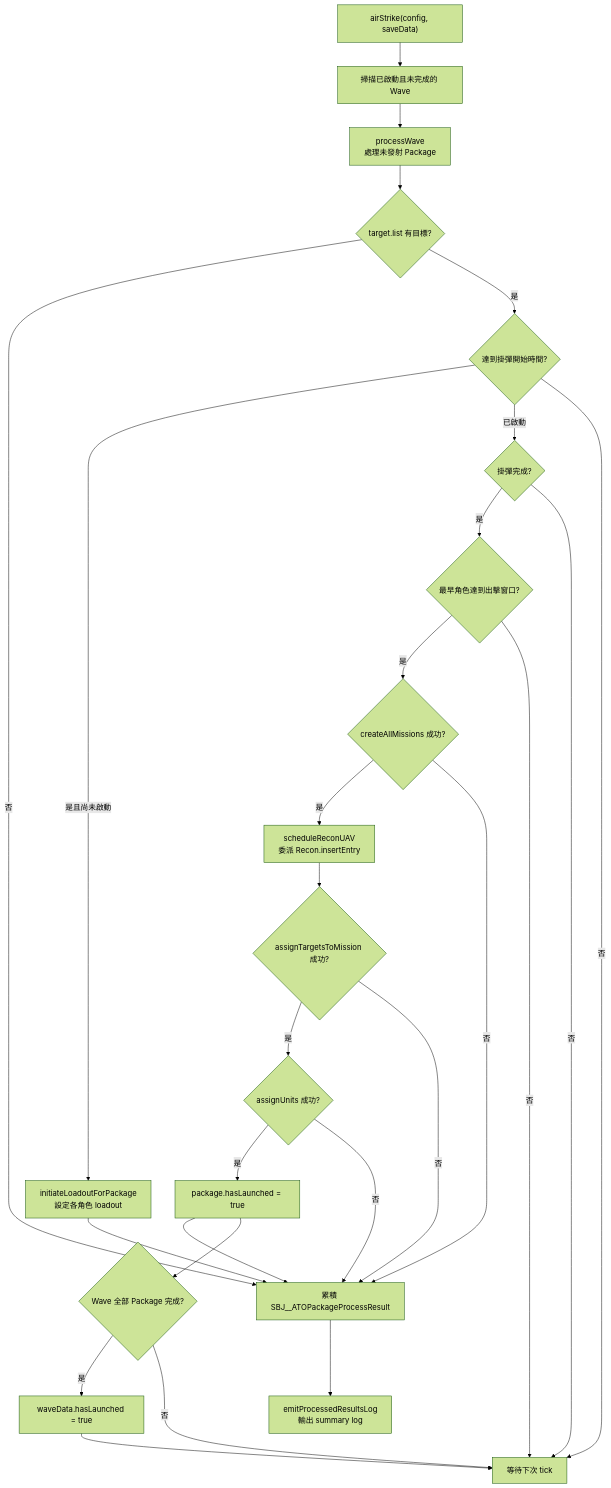
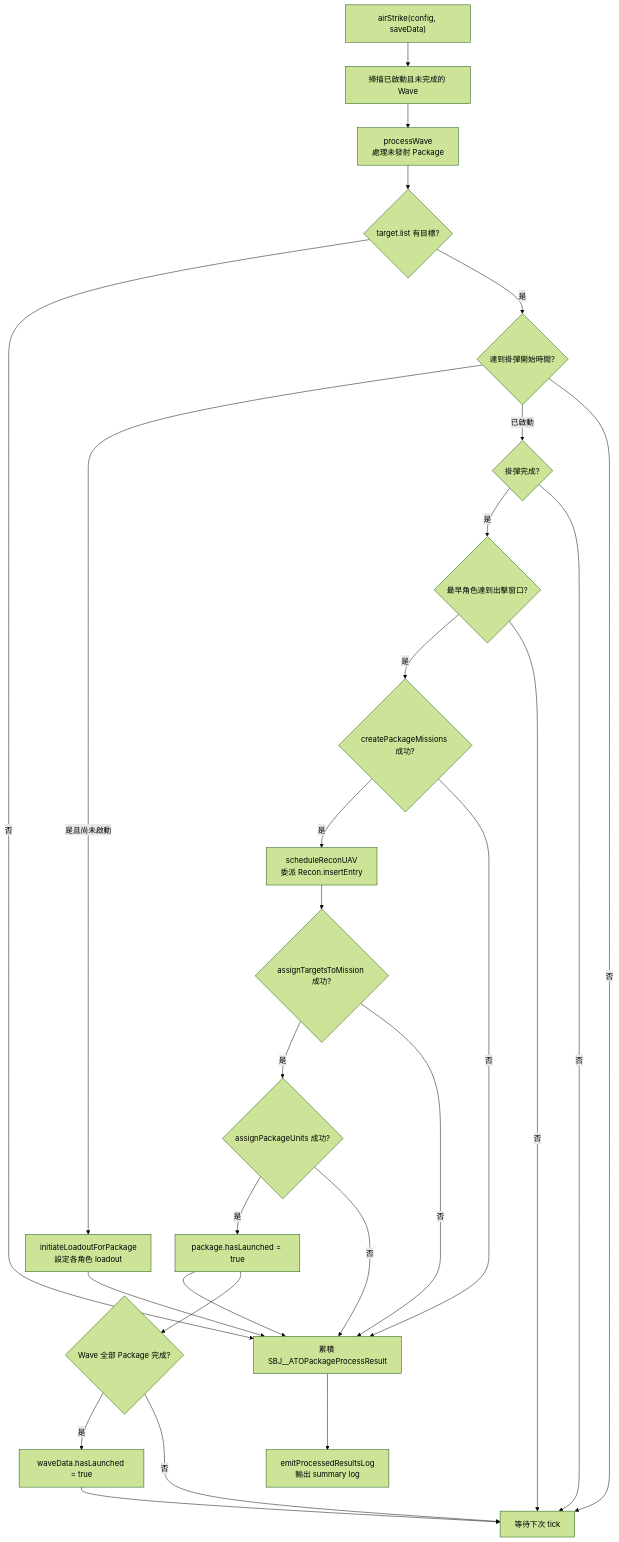
One commit to pullupjumper/formosa-in-flames changed the first of 2 diagrams in docs/strikePlanner/airTaskingOrder.md. Above: the diagram before and after it, drawn with Mermaid (forest theme). The commit also changed other lines of this file and 2 other files, not shown here.

First line of the commit message:
refactor(strikePlanner): decompose ATO package lifecycle into staged helpers

````diff
--- a/docs/strikePlanner/airTaskingOrder.md
+++ b/docs/strikePlanner/airTaskingOrder.md
@@ -46,43 +46,43 @@
 ```mermaid
 flowchart TD
     START["airStrike(config, saveData)"]
     WAVE["掃描已啟動且未完成的 Wave"]
     PKG["processWave<br>處理未發射 Package"]
     TARGET_EXISTS{"target.list 有目標?"}
     LOADOUT_TIME{"達到掛彈開始時間?"}
     INIT_LOADOUT["initiateLoadoutForPackage<br>設定各角色 loadout"]
     LOADOUT_READY{"掛彈完成?"}
     TAKEOFF_TIME{"最早角色達到出擊窗口?"}
-    MISSIONS{"createAllMissions 成功?"}
+    MISSIONS{"createPackageMissions 成功?"}
     RECON["scheduleReconUAV<br>委派 Recon.insertEntry"]
     TARGETS{"assignTargetsToMission 成功?"}
-    UNITS{"assignUnits 成功?"}
+    UNITS{"assignPackageUnits 成功?"}
     LAUNCHED["package.hasLaunched = true"]
     DONE{"Wave 全部 Package 完成?"}
     WAVE_DONE["waveData.hasLaunched = true"]
     RESULT["累積 SBJ__ATOPackageProcessResult"]
     LOG["emitProcessedResultsLog<br>輸出 summary log"]
     WAIT["等待下次 tick"]
 
     START --> WAVE --> PKG --> TARGET_EXISTS
     TARGET_EXISTS -->|否| RESULT
     TARGET_EXISTS -->|是| LOADOUT_TIME
     LOADOUT_TIME -->|是且尚未啟動| INIT_LOADOUT --> RESULT
     LOADOUT_TIME -->|已啟動| LOADOUT_READY
     LOADOUT_READY -->|是| TAKEOFF_TIME
     TAKEOFF_TIME -->|是| MISSIONS
     MISSIONS -->|是| RECON --> TARGETS
     TARGETS -->|是| UNITS
     UNITS -->|是| LAUNCHED --> RESULT
     LAUNCHED --> DONE
     DONE -->|是| WAVE_DONE
     LOADOUT_TIME -->|否| WAIT
     LOADOUT_READY -->|否| WAIT
     TAKEOFF_TIME -->|否| WAIT
     MISSIONS -->|否| RESULT
     TARGETS -->|否| RESULT
     UNITS -->|否| RESULT
     DONE -->|否| WAIT
     RESULT --> LOG
     WAVE_DONE --> WAIT
 ```
````
